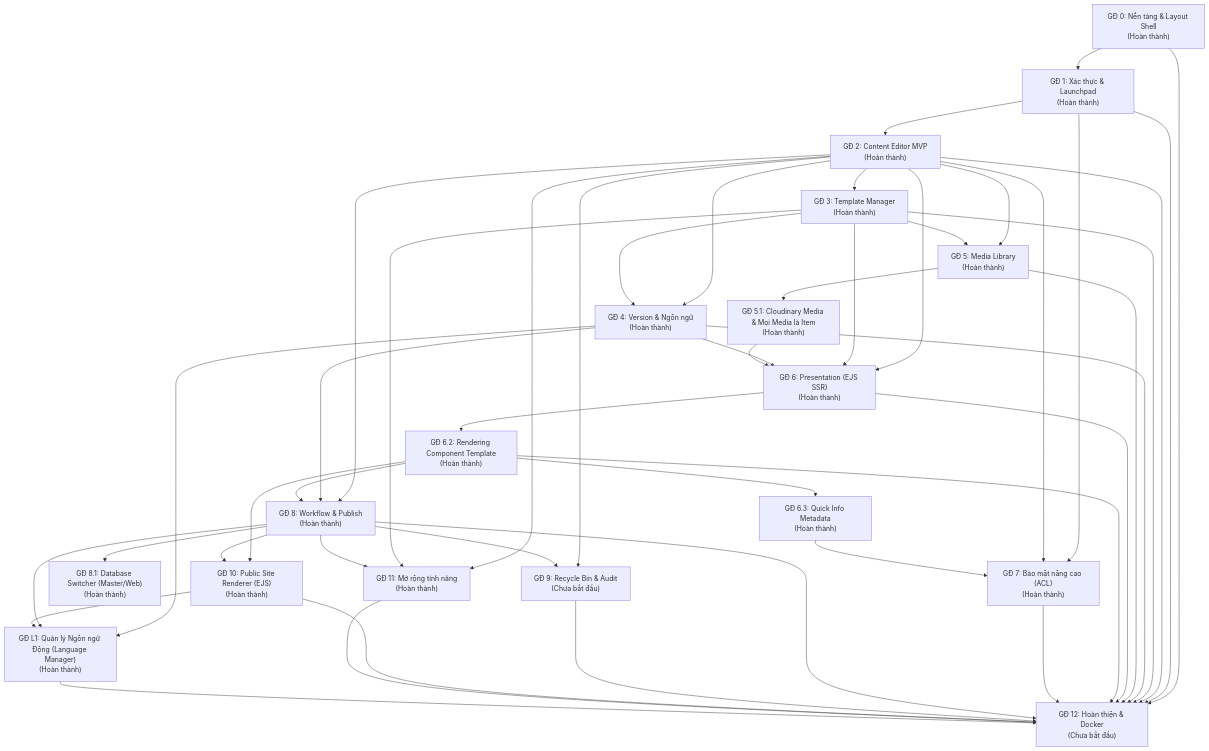
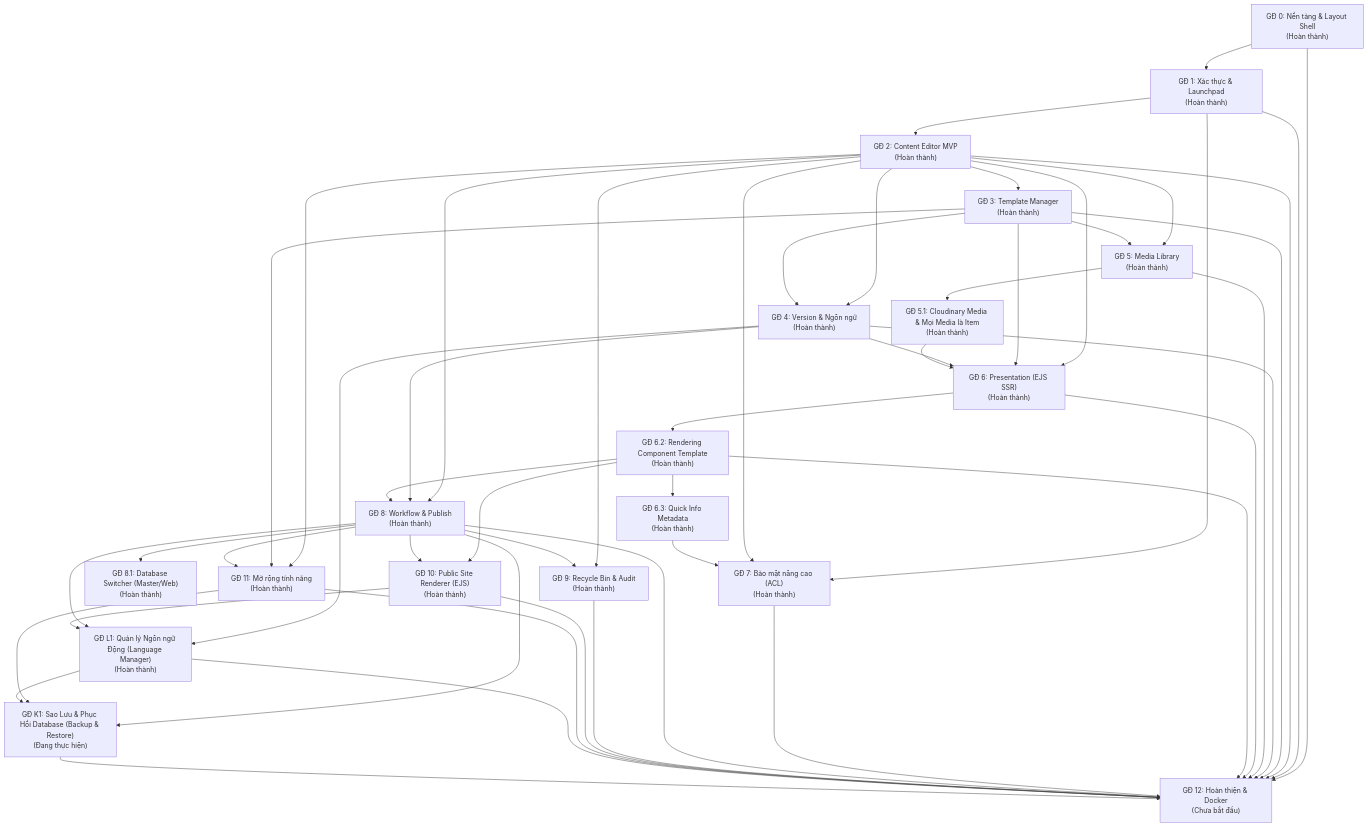
One commit to mittomao/Admin-CMS changed the diagram in docs/phases/README.md. Above: the diagram before and after it, drawn with Mermaid. The commit also changed other lines of this file and 47 other files, not shown here.

Commit message:
Backup & Restore feature

````diff
--- a/docs/phases/README.md
+++ b/docs/phases/README.md
@@ -9,20 +9,21 @@
 ```mermaid
 flowchart TD
     GD0["GĐ 0: Nền tảng & Layout Shell<br/>(Hoàn thành)"] --> GD1["GĐ 1: Xác thực & Launchpad<br/>(Hoàn thành)"]
     GD1 --> GD2["GĐ 2: Content Editor MVP<br/>(Hoàn thành)"]
     GD2 --> GD3["GĐ 3: Template Manager<br/>(Hoàn thành)"]
     GD2 & GD3 --> GD4["GĐ 4: Version & Ngôn ngữ<br/>(Hoàn thành)"]
     GD2 & GD3 --> GD5["GĐ 5: Media Library<br/>(Hoàn thành)"]
     GD5 --> GD5_1["GĐ 5.1: Cloudinary Media & Mọi Media là Item<br/>(Hoàn thành)"]
     GD2 & GD3 & GD4 & GD5_1 --> GD6["GĐ 6: Presentation (EJS SSR)<br/>(Hoàn thành)"]
     GD6 --> GD6_2["GĐ 6.2: Rendering Component Template<br/>(Hoàn thành)"]
     GD6_2 --> GD6_3["GĐ 6.3: Quick Info Metadata<br/>(Hoàn thành)"]
     GD1 & GD2 & GD6_3 --> GD7["GĐ 7: Bảo mật nâng cao (ACL)<br/>(Hoàn thành)"]
     GD2 & GD4 & GD6_2 --> GD8["GĐ 8: Workflow & Publish<br/>(Hoàn thành)"]
     GD8 --> GD8_1["GĐ 8.1: Database Switcher (Master/Web)<br/>(Hoàn thành)"]
-    GD2 & GD8 --> GD9["GĐ 9: Recycle Bin & Audit<br/>(Chưa bắt đầu)"]
+    GD2 & GD8 --> GD9["GĐ 9: Recycle Bin & Audit<br/>(Hoàn thành)"]
     GD6_2 & GD8 --> GD10["GĐ 10: Public Site Renderer (EJS)<br/>(Hoàn thành)"]
     GD2 & GD3 & GD8 --> GD11["GĐ 11: Mở rộng tính năng<br/>(Hoàn thành)"]
     GD4 & GD8 & GD10 --> GDL1["GĐ L1: Quản lý Ngôn ngữ Động (Language Manager)<br/>(Hoàn thành)"]
-    GD0 & GD1 & GD2 & GD3 & GD4 & GD5 & GD6 & GD6_2 & GD7 & GD8 & GD9 & GD10 & GD11 & GDL1 --> GD12["GĐ 12: Hoàn thiện & Docker<br/>(Chưa bắt đầu)"]
+    GD8 & GD11 & GDL1 --> GDK1["GĐ K1: Sao Lưu & Phục Hồi Database (Backup & Restore)<br/>(Đang thực hiện)"]
+    GD0 & GD1 & GD2 & GD3 & GD4 & GD5 & GD6 & GD6_2 & GD7 & GD8 & GD9 & GD10 & GD11 & GDL1 & GDK1 --> GD12["GĐ 12: Hoàn thiện & Docker<br/>(Chưa bắt đầu)"]
 ```
````
